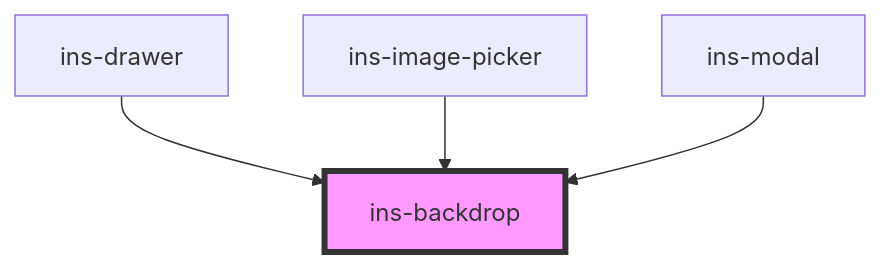
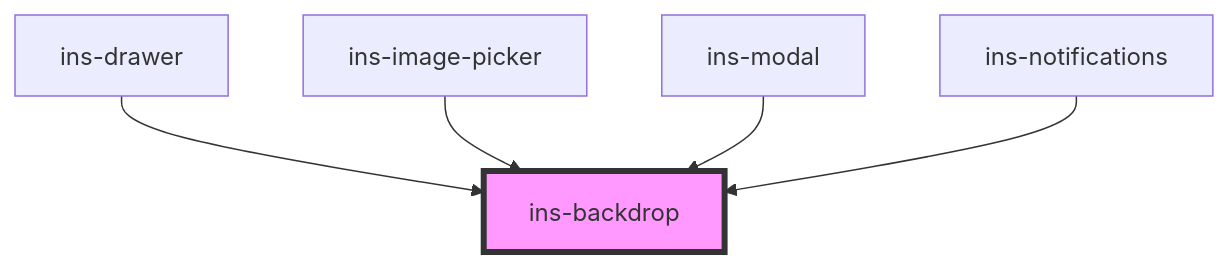
One commit to insites-io/insites-components-v2 changed the diagram in components/src/components/ins-backdrop/readme.md. Above: the diagram before and after it, drawn with Mermaid. The commit also changed other lines of this file and 1583 other files, not shown here.

````diff
--- a/components/src/components/ins-backdrop/readme.md
+++ b/components/src/components/ins-backdrop/readme.md
@@ -24,7 +25,8 @@
 ```mermaid
 graph TD;
   ins-drawer --> ins-backdrop
   ins-image-picker --> ins-backdrop
   ins-modal --> ins-backdrop
+  ins-notifications --> ins-backdrop
   style ins-backdrop fill:#f9f,stroke:#333,stroke-width:4px
 ```
````
